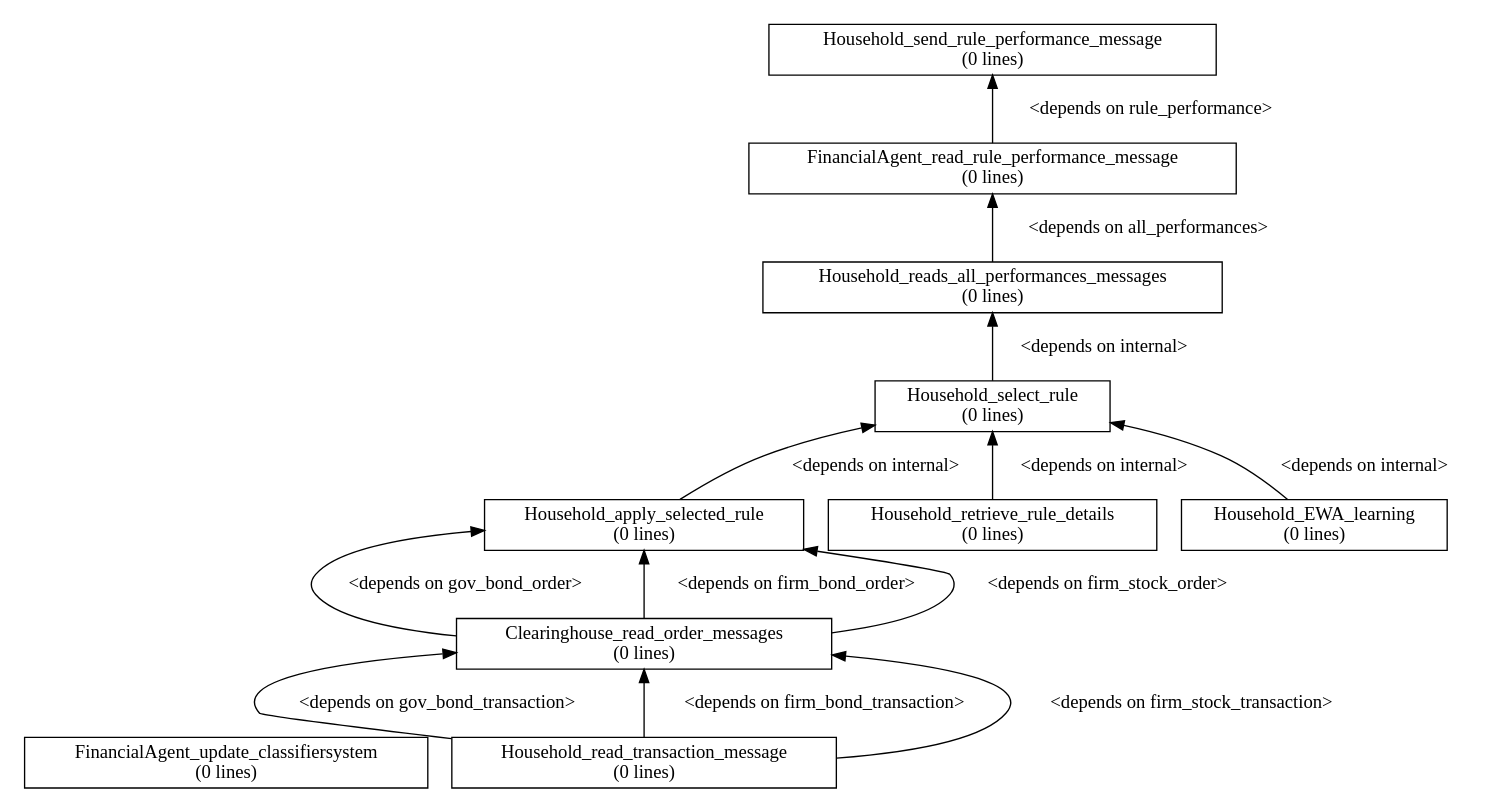
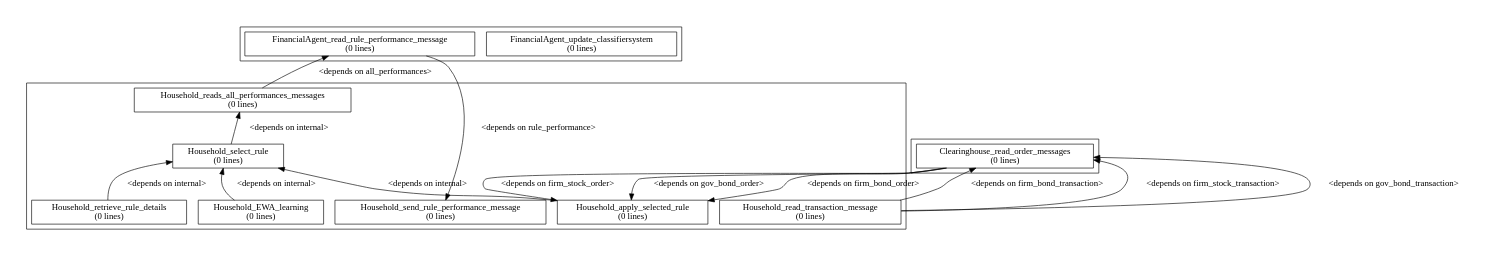
The diagram in models/AFM/afm_branches/initial/portfolio_selection_ewa/dgraph.dot (ETACE/EURACE), drawn with Graphviz before and after one commit.

```diff
--- a/models/AFM/afm_branches/initial/portfolio_selection_ewa/dgraph.dot
+++ b/models/AFM/afm_branches/initial/portfolio_selection_ewa/dgraph.dot
@@ -1,31 +1,47 @@
 digraph dependency_graph {
 	rankdir=BT;
 	size="8,5;"
 	node [shape = rect];
 	
 	/* Functions */
+	
+	subgraph cluster_FA
+	{
 	FinancialAgent_update_classifiersystem[height = 0.000000, label = "FinancialAgent_update_classifiersystem\n(0 lines)"]
 	FinancialAgent_read_rule_performance_message[height = 0.000000, label = "FinancialAgent_read_rule_performance_message\n(0 lines)"]
-	Clearinghouse_read_order_messages[height = 0.000000, label = "Clearinghouse_read_order_messages\n(0 lines)"]
+	
+	}
+	
+	subgraph cluster_HH
+	{
 	Household_read_transaction_message[height = 0.000000, label = "Household_read_transaction_message\n(0 lines)"]
 	Household_apply_selected_rule[height = 0.000000, label = "Household_apply_selected_rule\n(0 lines)"]
 	Household_retrieve_rule_details[height = 0.000000, label = "Household_retrieve_rule_details\n(0 lines)"]
 	Household_EWA_learning[height = 0.000000, label = "Household_EWA_learning\n(0 lines)"]
 	Household_select_rule[height = 0.000000, label = "Household_select_rule\n(0 lines)"]
 	Household_reads_all_performances_messages[height = 0.000000, label = "Household_reads_all_performances_messages\n(0 lines)"]
 	Household_send_rule_performance_message[height = 0.000000, label = "Household_send_rule_performance_message\n(0 lines)"]
+	
+	}
+	
+	subgraph cluster_CH
+	{
+	Clearinghouse_read_order_messages[height = 0.000000, label = "Clearinghouse_read_order_messages\n(0 lines)"]
+	
+	}
+	
 	
 	/* Dependencies */
 	FinancialAgent_read_rule_performance_message -> Household_send_rule_performance_message [ label = "<depends on rule_performance>" ];
 	Clearinghouse_read_order_messages -> Household_apply_selected_rule [ label = "<depends on gov_bond_order>" ];
 	Clearinghouse_read_order_messages -> Household_apply_selected_rule [ label = "<depends on firm_bond_order>" ];
 	Clearinghouse_read_order_messages -> Household_apply_selected_rule [ label = "<depends on firm_stock_order>" ];
 	Household_read_transaction_message -> Clearinghouse_read_order_messages [ label = "<depends on gov_bond_transaction>" ];
 	Household_read_transaction_message -> Clearinghouse_read_order_messages [ label = "<depends on firm_bond_transaction>" ];
 	Household_read_transaction_message -> Clearinghouse_read_order_messages [ label = "<depends on firm_stock_transaction>" ];
 	Household_apply_selected_rule -> Household_select_rule [ label = "<depends on internal>" ];
 	Household_retrieve_rule_details -> Household_select_rule [ label = "<depends on internal>" ];
 	Household_EWA_learning -> Household_select_rule [ label = "<depends on internal>" ];
 	Household_select_rule -> Household_reads_all_performances_messages [ label = "<depends on internal>" ];
 	Household_reads_all_performances_messages -> FinancialAgent_read_rule_performance_message [ label = "<depends on all_performances>" ];
 }
```
